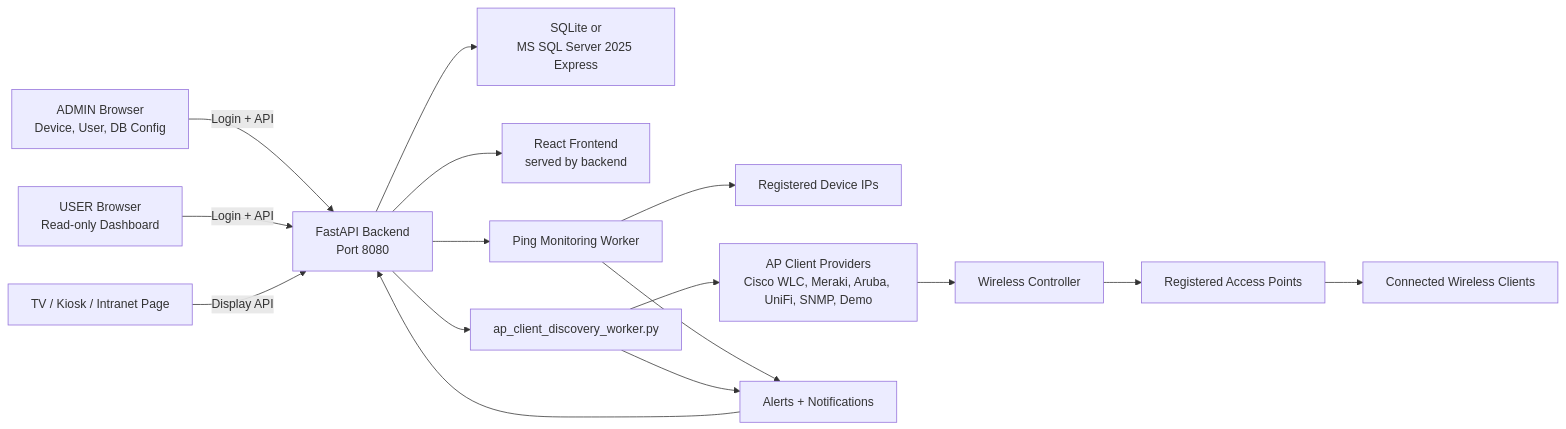
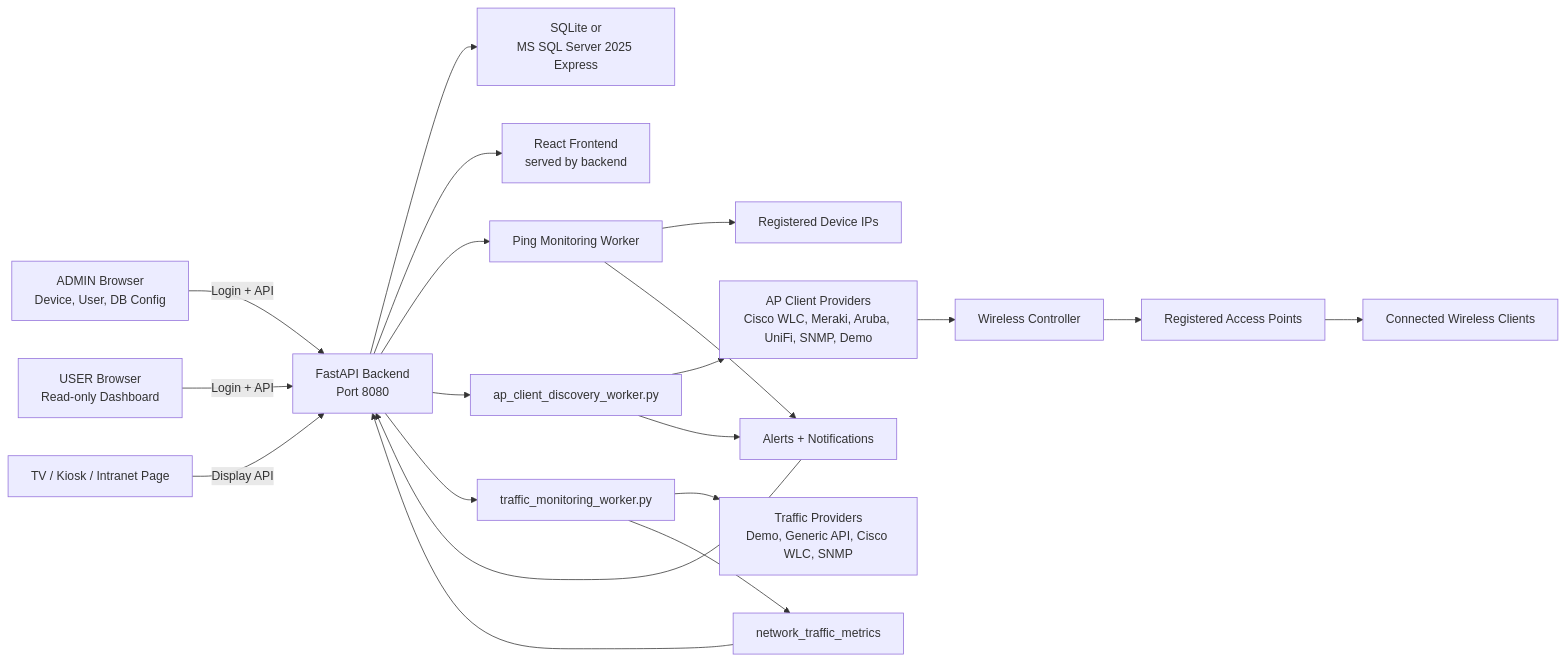
Before and after one commit to HenryHitak/vibe-nms: the first of 7 diagrams in docs/workflow-diagrams.md, drawn with Mermaid. The commit also changed other lines of this file and 18 other files, not shown here.

Commit message:
Add traffic graph monitoring dashboard

````diff
--- a/docs/workflow-diagrams.md
+++ b/docs/workflow-diagrams.md
@@ -7,21 +7,25 @@
 ```mermaid
 flowchart LR
     Admin["ADMIN Browser<br/>Device, User, DB Config"] -->|"Login + API"| Backend["FastAPI Backend<br/>Port 8080"]
     User["USER Browser<br/>Read-only Dashboard"] -->|"Login + API"| Backend
     Display["TV / Kiosk / Intranet Page"] -->|"Display API"| Backend
 
     Backend --> DB["SQLite or<br/>MS SQL Server 2025 Express"]
     Backend --> Frontend["React Frontend<br/>served by backend"]
     Backend --> PingWorker["Ping Monitoring Worker"]
     Backend --> APWorker["ap_client_discovery_worker.py"]
+    Backend --> TrafficWorker["traffic_monitoring_worker.py"]
 
     PingWorker --> DeviceIPs["Registered Device IPs"]
     APWorker --> APProviders["AP Client Providers<br/>Cisco WLC, Meraki, Aruba, UniFi, SNMP, Demo"]
+    TrafficWorker --> TrafficProviders["Traffic Providers<br/>Demo, Generic API, Cisco WLC, SNMP"]
     APProviders --> Controller["Wireless Controller"]
     Controller --> APs["Registered Access Points"]
     APs --> Clients["Connected Wireless Clients"]
 
     PingWorker --> Alerts["Alerts + Notifications"]
     APWorker --> Alerts
+    TrafficWorker --> TrafficDB["network_traffic_metrics"]
     Alerts --> Backend
+    TrafficDB --> Backend
 ```
````
